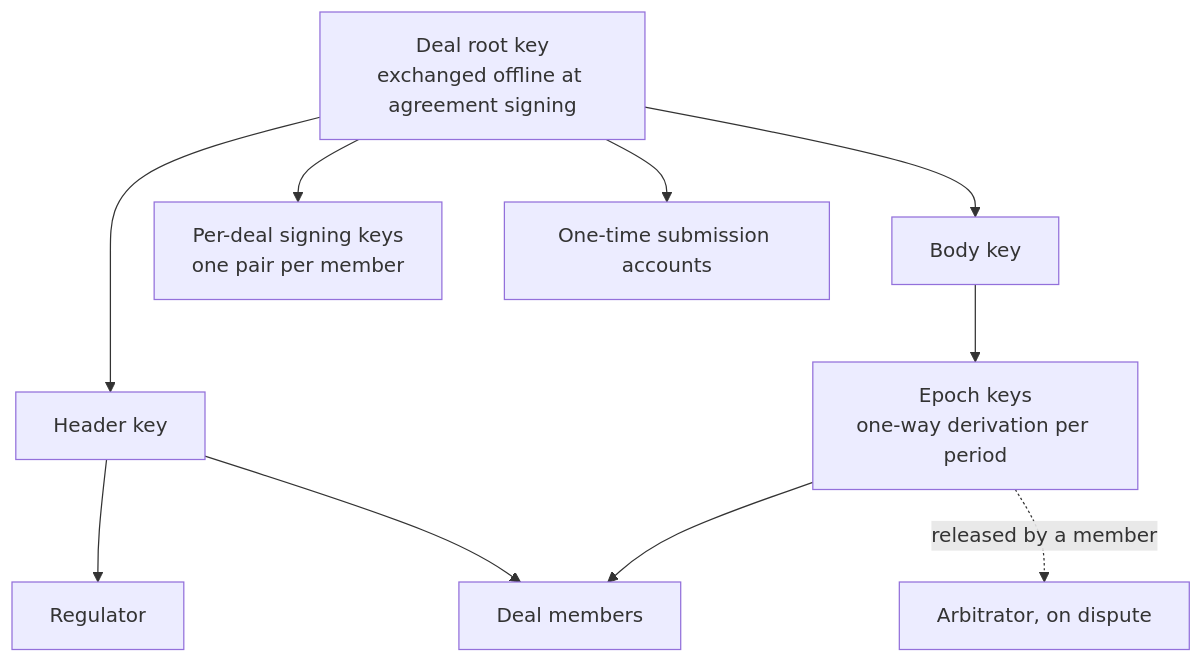
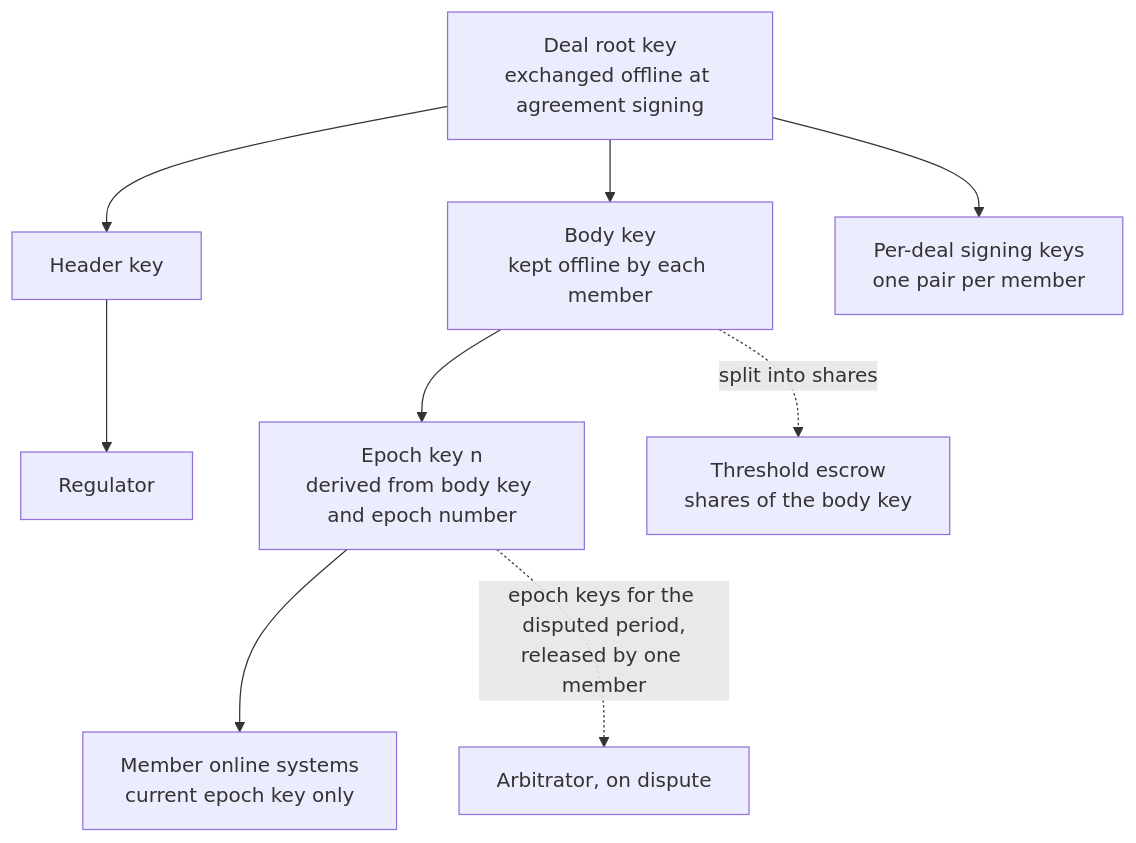
The fourth of 9 diagrams in docs/architecture/onchain-privacy.md (finos-hack/cdm-collateral), drawn with Mermaid before and after one commit. The commit also changed other lines of this file, not shown here.

````diff
--- a/docs/architecture/onchain-privacy.md
+++ b/docs/architecture/onchain-privacy.md
@@ -372,22 +399,21 @@
 ```mermaid
 flowchart TD
   RK["Deal root key<br/>exchanged offline at agreement signing"]
   HK["Header key"]
-  BK["Body key"]
-  E1["Epoch keys<br/>one-way derivation per period"]
+  BK["Body key<br/>kept offline by each member"]
+  E1["Epoch key n<br/>derived from body key and epoch number"]
   SK["Per-deal signing keys<br/>one pair per member"]
-  SUB["One-time submission accounts"]
   REG["Regulator"]
-  MEM["Deal members"]
+  MEM["Member online systems<br/>current epoch key only"]
+  ESC["Threshold escrow<br/>shares of the body key"]
   ARB["Arbitrator, on dispute"]
 
   RK --> HK
   RK --> BK
+  RK --> SK
   BK --> E1
-  RK --> SK
-  RK --> SUB
   HK --> REG
-  HK --> MEM
   E1 --> MEM
-  E1 -. "released by a member" .-> ARB
+  BK -. "split into shares" .-> ESC
+  E1 -. "epoch keys for the disputed period,<br/>released by one member" .-> ARB
 ```
````
